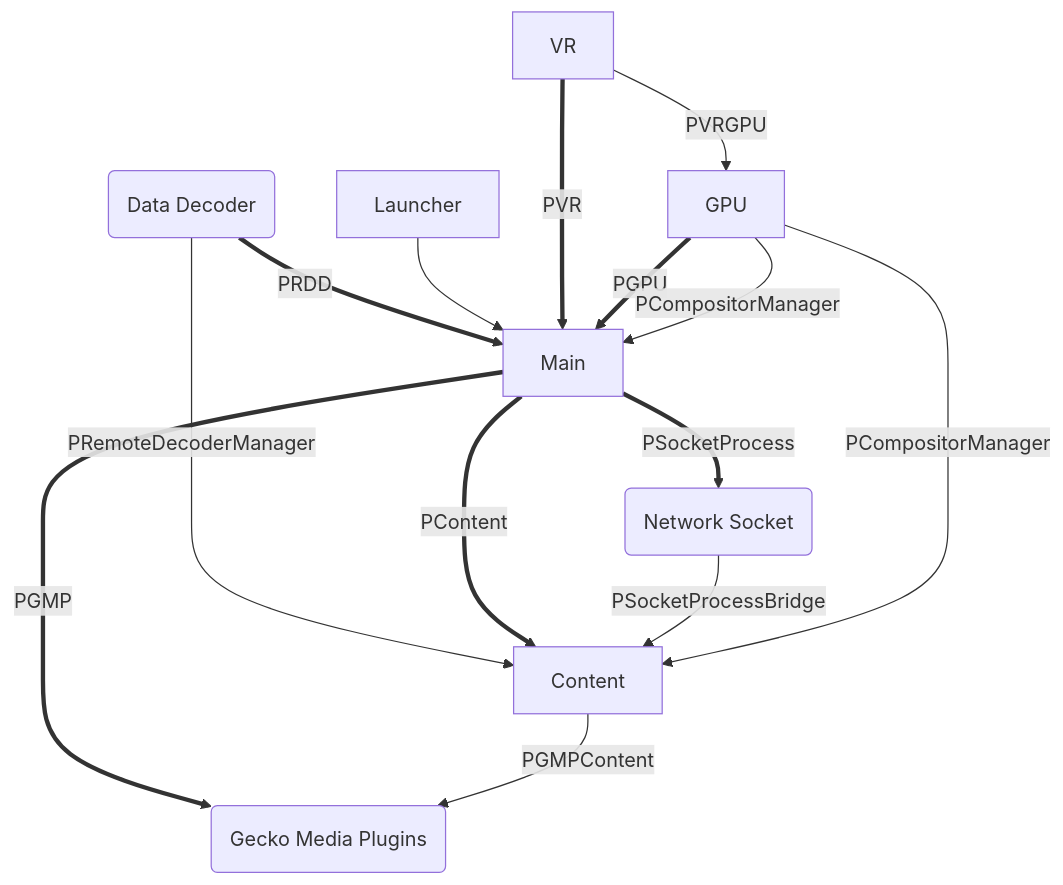
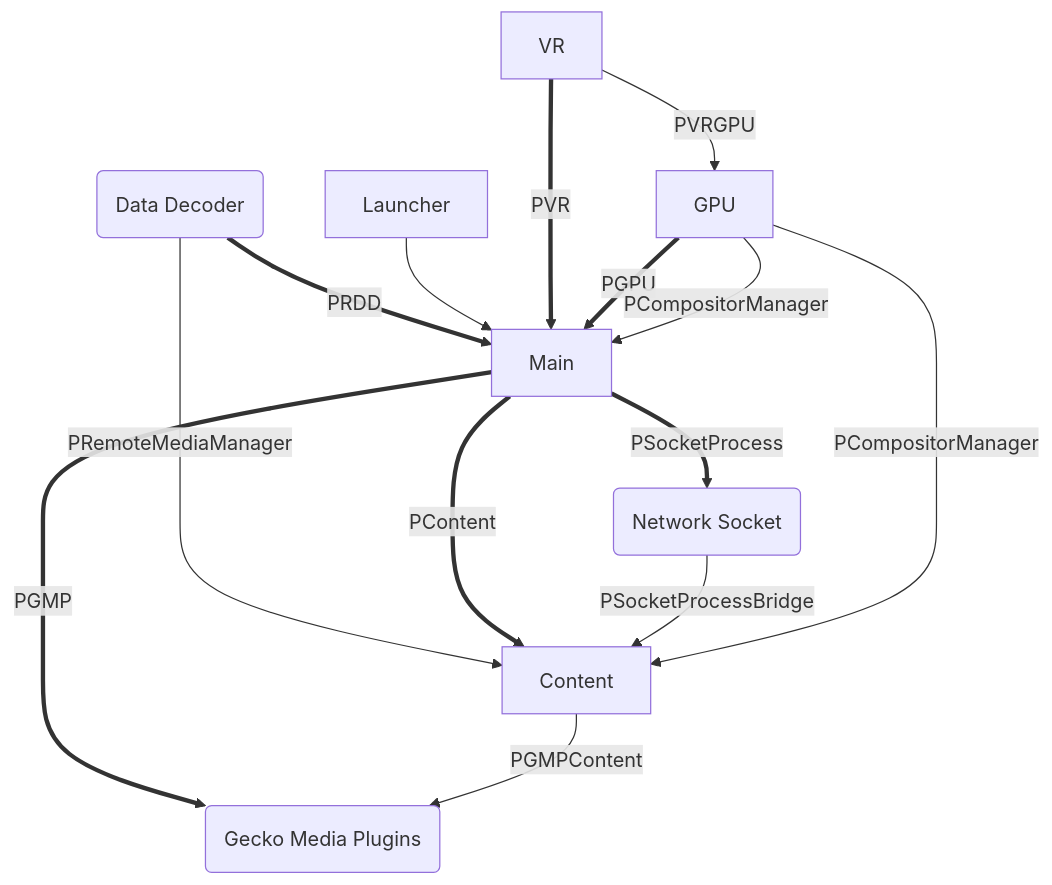
The diagram in ipc/docs/processes.rst (bolucat/Firefox), drawn with Mermaid before and after one commit. The commit also changed 4567 other files, not shown here.

```diff
--- a/ipc/docs/processes.rst
+++ b/ipc/docs/processes.rst
@@ -77,22 +77,22 @@
 .. mermaid::
 
     graph TD
-        RDD -->|PRemoteDecoderManager| Content
+        RDD -->|PRemoteMediaManager| Content
         RDD(Data Decoder) ==>|PRDD| Main
 
         Launcher --> Main
 
         Main ==>|PContent| Content
         Main ==>|PSocketProcess| Socket(Network Socket)
         Main ==>|PGMP| GMP(Gecko Media Plugins)
         VR ==>|PVR| Main
         GPU ==>|PGPU| Main
 
         Socket -->|PSocketProcessBridge| Content
 
         GPU -->|PCompositorManager| Main
         GPU -->|PCompositorManager| Content
 
         Content -->|PGMPContent| GMP
 
         VR -->|PVRGPU| GPU
```
